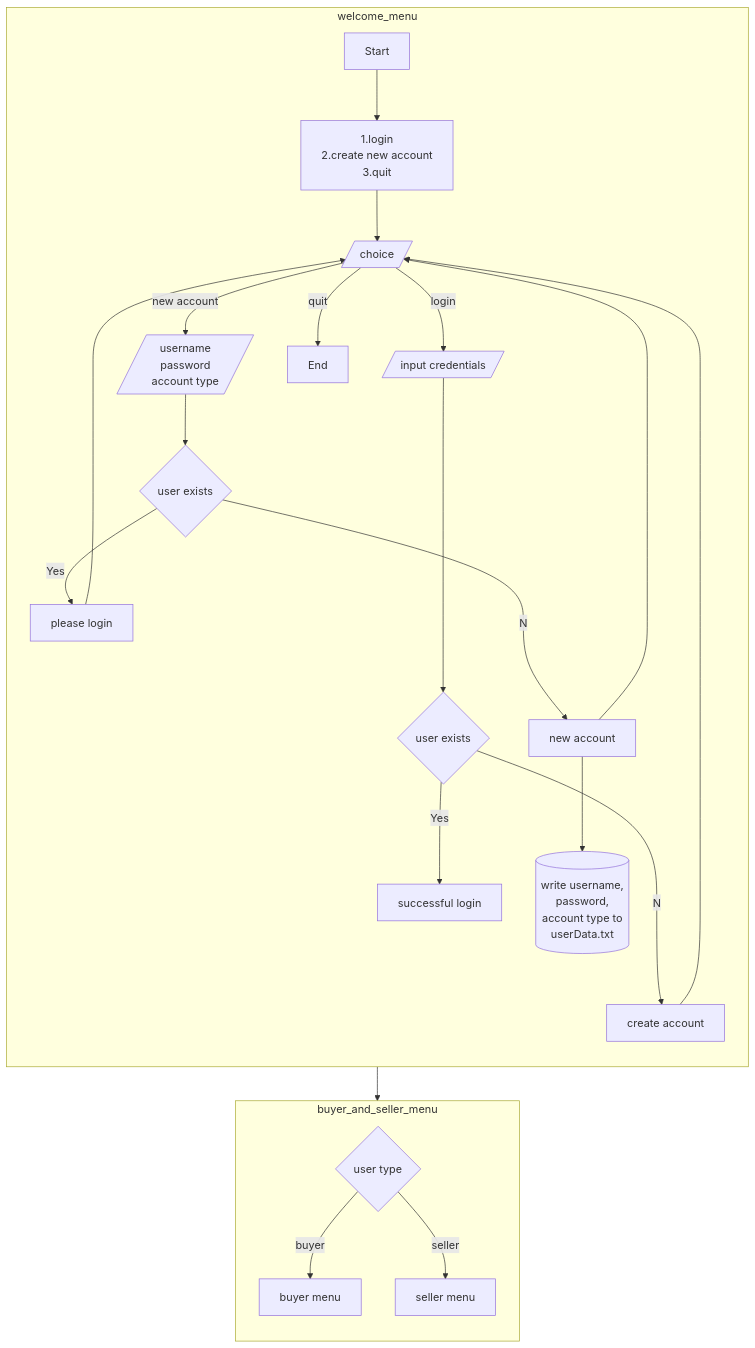
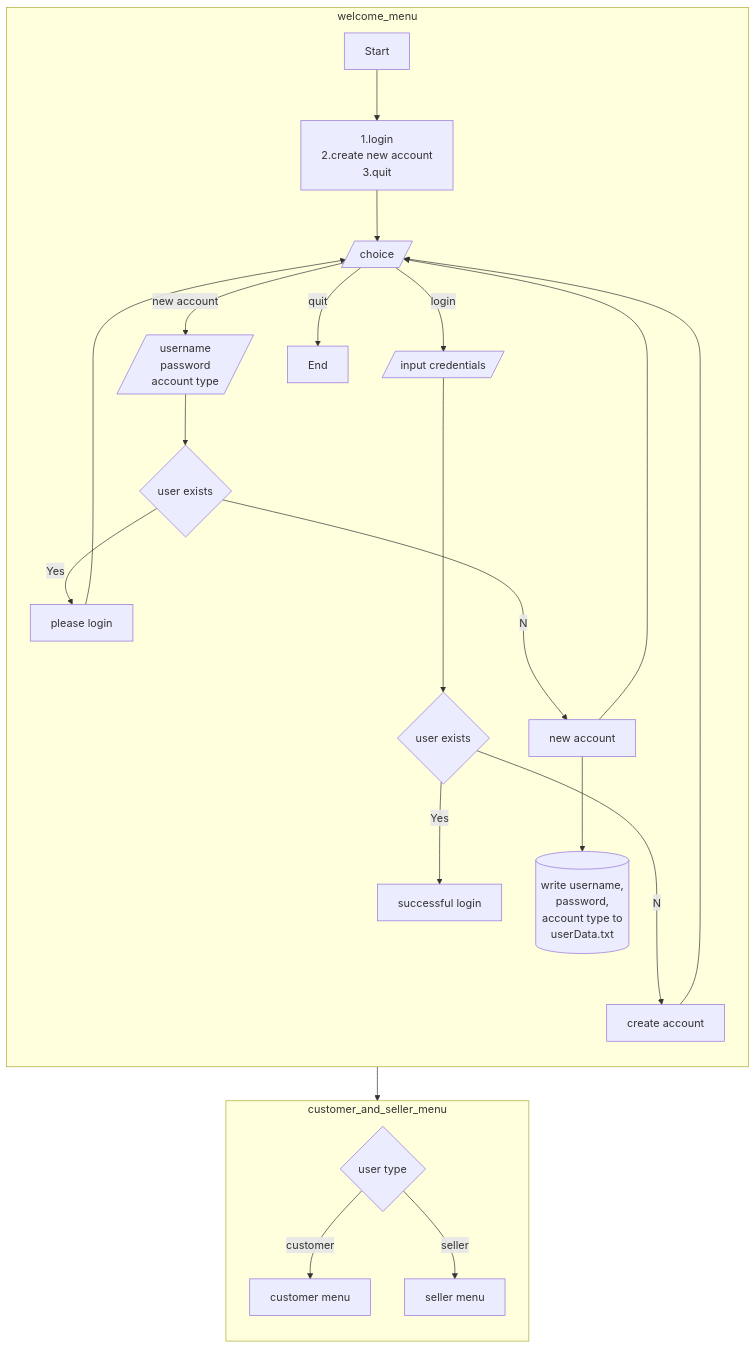
The diagram in flowchart.md (tbridewe/CS-18000--Project-4), drawn with Mermaid before and after one commit.

Commit message:
Updated buyer to be customer as per handout

````diff
--- a/flowchart.md
+++ b/flowchart.md
@@ -5,34 +5,34 @@
 ```mermaid
 flowchart TD
     subgraph welcome_menu
         direction TB
         A[Start]-->B[1.login\n2.create new account\n3.quit]
         B-->C[/choice/]
         C--login-->D[/input credentials/]
         D---->G{user exists}
         G--Yes-->H[successful login]
         G--No-->I[create account]
         I-->C
         
         C--new account-->E[/username\npassword\naccount type/]
         E-->J{user exists}
         J--Yes-->K[please login]
         K-->C
         J--No-->L[new account]
         L-->C
         L-->M[(write username,\npassword,\naccount type to\nuserData.txt)]
         
         C--quit-->F[End]
         end
     
-    subgraph buyer_and_seller_menu
+    subgraph customer_and_seller_menu
         direction TB
         O{user type}
-        O--buyer-->P[buyer menu]
+        O--customer-->P[customer menu]
         O--seller-->Q[seller menu]
         
     end
     
-    welcome_menu --> buyer_and_seller_menu
+    welcome_menu --> customer_and_seller_menu
 
 ```
````
